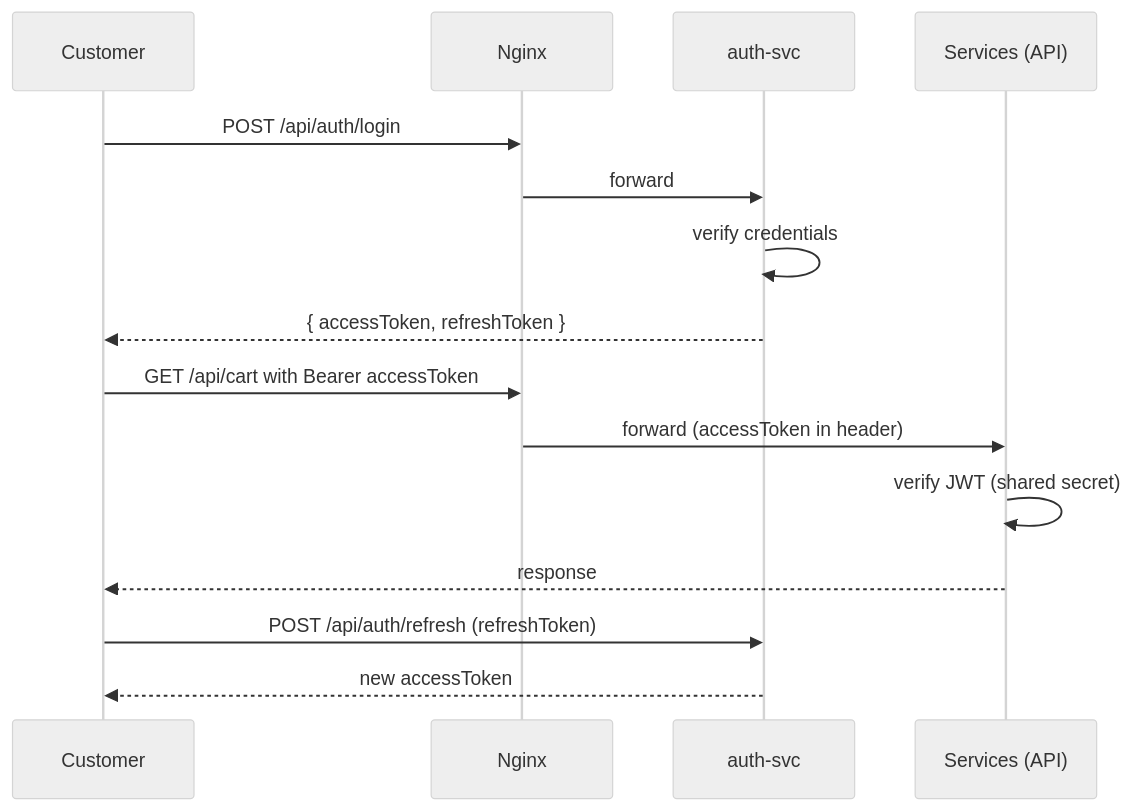
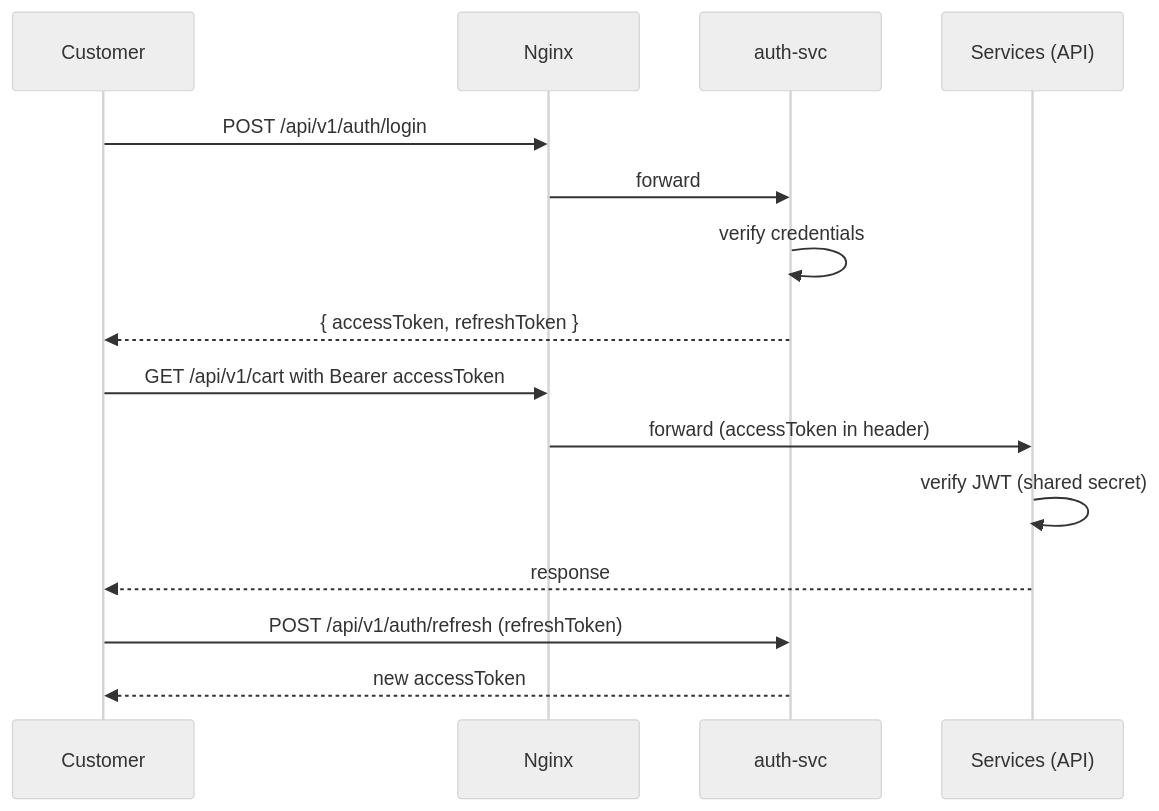
Before and after one commit to E-Commerce-BDA/Documentation: the fourth of 9 diagrams in 1.Architecture.md, drawn with Mermaid (neutral theme). The commit also changed other lines of this file, not shown here.

First line of the commit message:
Docs: auth base path /api/v1 + readiness in the health wiring

````diff
--- a/1.Architecture.md
+++ b/1.Architecture.md
@@ -533,18 +534,18 @@
 ```mermaid
 sequenceDiagram
     participant U as Customer
     participant N as Nginx
     participant A as auth-svc
     participant S as Services (API)
 
-    U->>N: POST /api/auth/login
+    U->>N: POST /api/v1/auth/login
     N->>A: forward
     A->>A: verify credentials
     A-->>U: { accessToken, refreshToken }
-    U->>N: GET /api/cart with Bearer accessToken
+    U->>N: GET /api/v1/cart with Bearer accessToken
     N->>S: forward (accessToken in header)
     S->>S: verify JWT (shared secret)
     S-->>U: response
-    U->>A: POST /api/auth/refresh (refreshToken)
+    U->>A: POST /api/v1/auth/refresh (refreshToken)
     A-->>U: new accessToken
 ```
````
